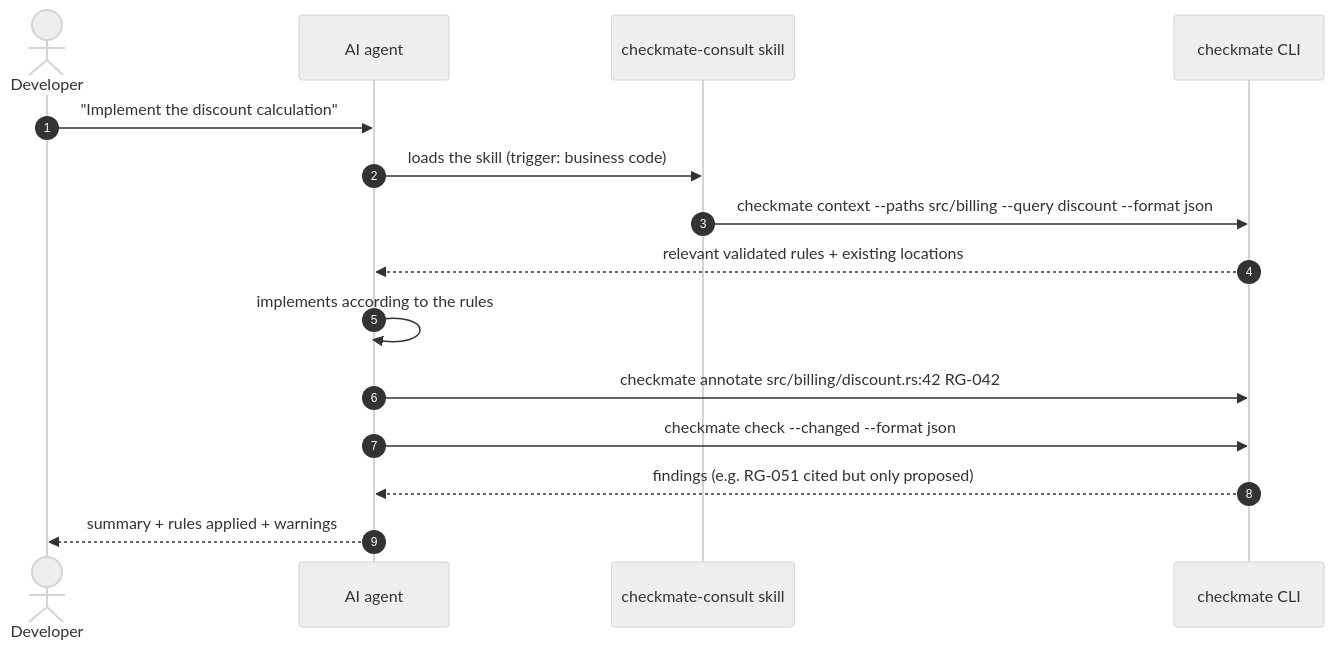
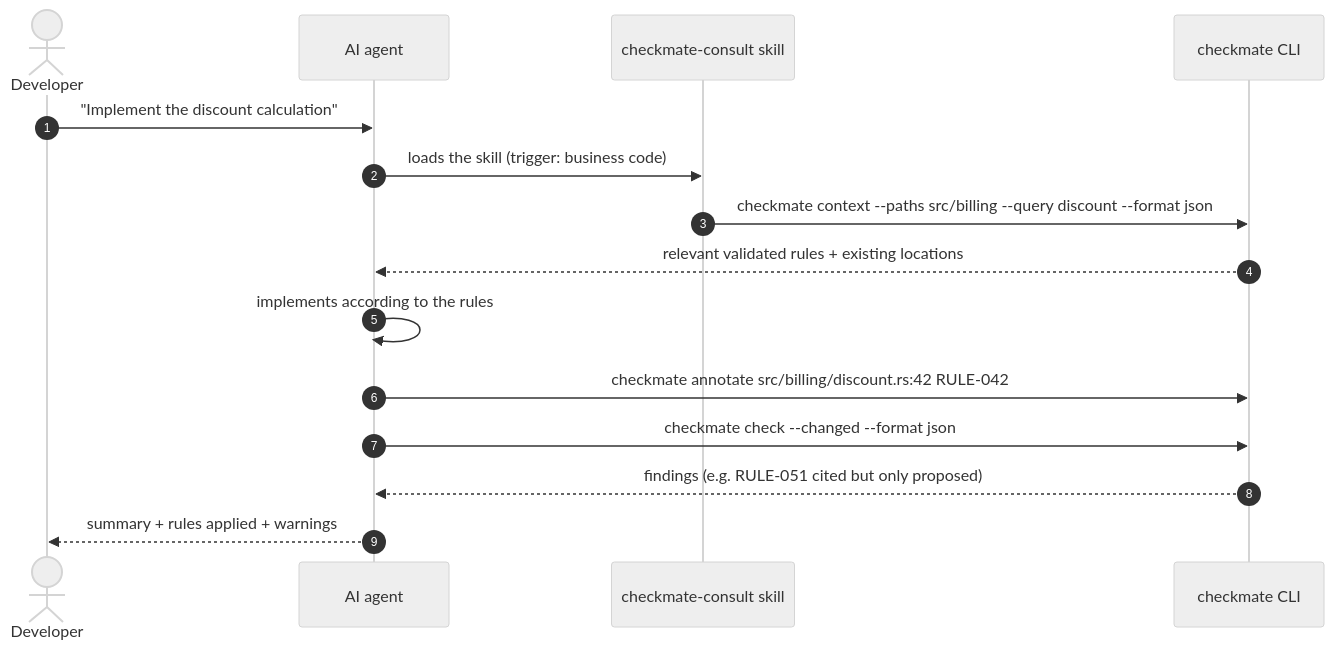
One commit to E-Jacques/Rulelink changed the fifth of 7 diagrams in docs/architecture/00-global-architecture.md. Above: the diagram before and after it, drawn with Mermaid (neutral theme). The commit also changed other lines of this file and 16 other files, not shown here.

````diff
--- a/docs/architecture/00-global-architecture.md
+++ b/docs/architecture/00-global-architecture.md
@@ -268,18 +268,18 @@
 ```mermaid
 sequenceDiagram
     autonumber
     actor Dev as Developer
     participant AG as AI agent
     participant SK as checkmate-consult skill
     participant CLI as checkmate CLI
 
     Dev->>AG: "Implement the discount calculation"
     AG->>SK: loads the skill (trigger: business code)
     SK->>CLI: checkmate context --paths src/billing --query discount --format json
     CLI-->>AG: relevant validated rules + existing locations
     AG->>AG: implements according to the rules
-    AG->>CLI: checkmate annotate src/billing/discount.rs:42 RG-042
+    AG->>CLI: checkmate annotate src/billing/discount.rs:42 RULE-042
     AG->>CLI: checkmate check --changed --format json
-    CLI-->>AG: findings (e.g. RG-051 cited but only proposed)
+    CLI-->>AG: findings (e.g. RULE-051 cited but only proposed)
     AG-->>Dev: summary + rules applied + warnings
 ```
````
